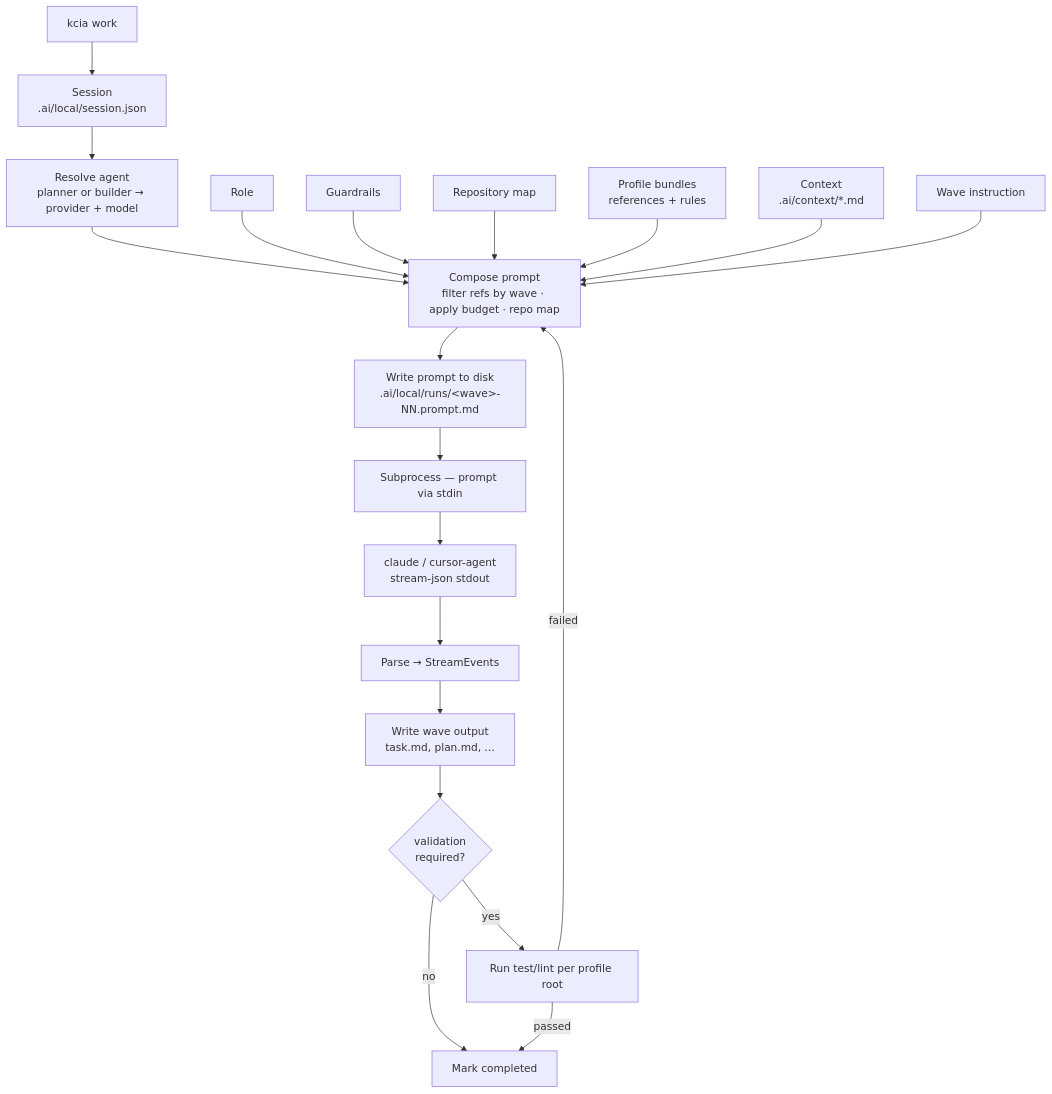
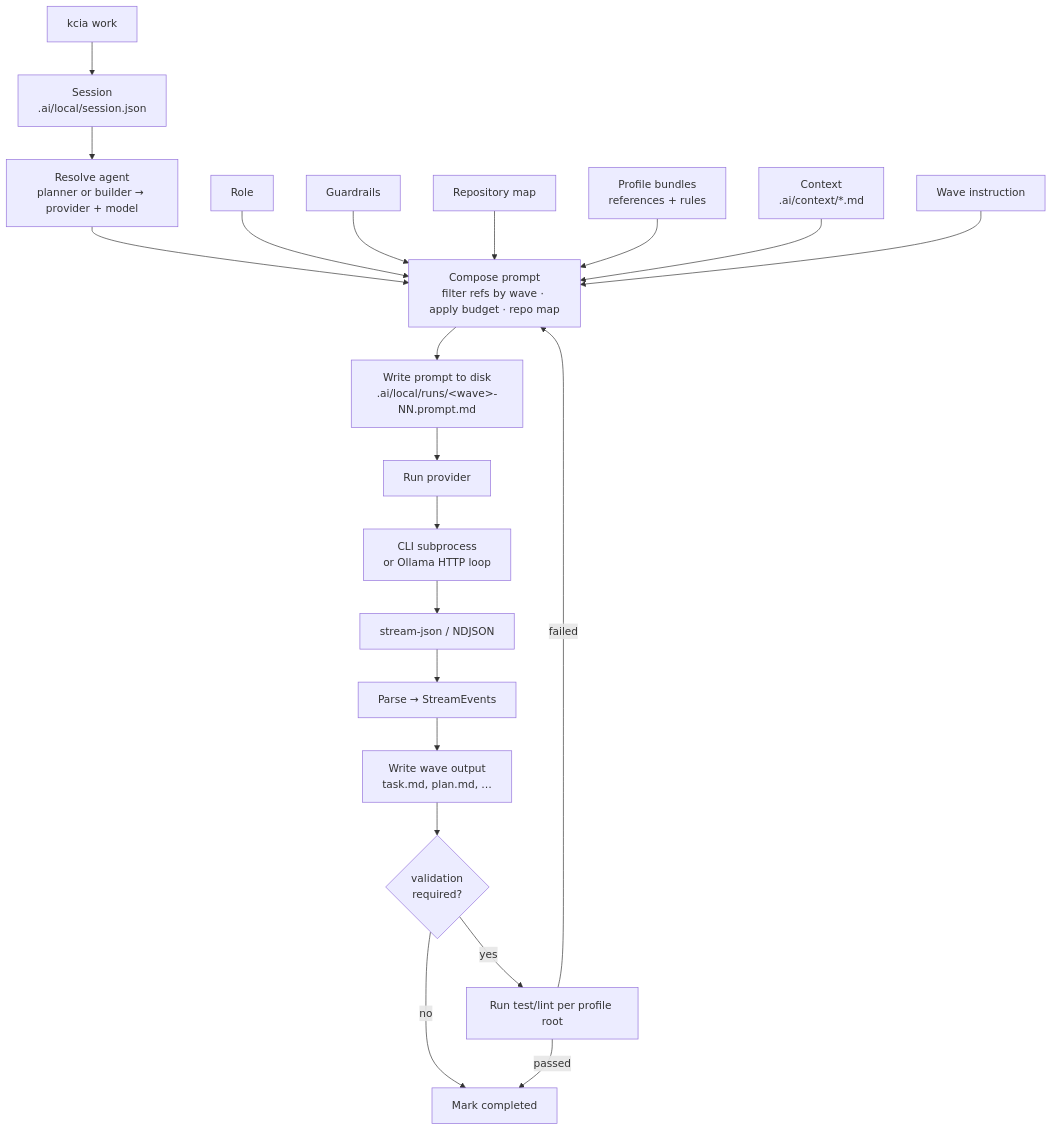
The diagram in README.md (rendondeveloper/kcia), drawn with Mermaid before and after one commit. The commit also changed other lines of this file and 16 other files, not shown here.

First line of the commit message:
Add native Ollama provider with in-process HTTP agent loop.

````diff
--- a/README.md
+++ b/README.md
@@ -1056,22 +1073,23 @@
 ```mermaid
 flowchart TD
     A["kcia work"] --> B["Session<br/>.ai/local/session.json"]
     B --> C["Resolve agent<br/>planner or builder → provider + model"]
     C --> D["Compose prompt<br/>filter refs by wave · apply budget · repo map"]
     R["Role"] --> D
     G["Guardrails"] --> D
     M["Repository map"] --> D
     P["Profile bundles<br/>references + rules"] --> D
     X["Context<br/>.ai/context/*.md"] --> D
     T["Wave instruction"] --> D
     D --> E["Write prompt to disk<br/>.ai/local/runs/&lt;wave&gt;-NN.prompt.md"]
-    E --> F["Subprocess — prompt via stdin"]
-    F --> H["claude / cursor-agent<br/>stream-json stdout"]
-    H --> I["Parse → StreamEvents"]
+    E --> F["Run provider"]
+    F --> H["CLI subprocess<br/>or Ollama HTTP loop"]
+    H --> I2["stream-json / NDJSON"]
+    I2 --> I["Parse → StreamEvents"]
     I --> J["Write wave output<br/>task.md, plan.md, …"]
     J --> K{"validation<br/>required?"}
     K -->|yes| L["Run test/lint per profile root"]
     K -->|no| N["Mark completed"]
     L -->|failed| D
     L -->|passed| N
 ```
````
